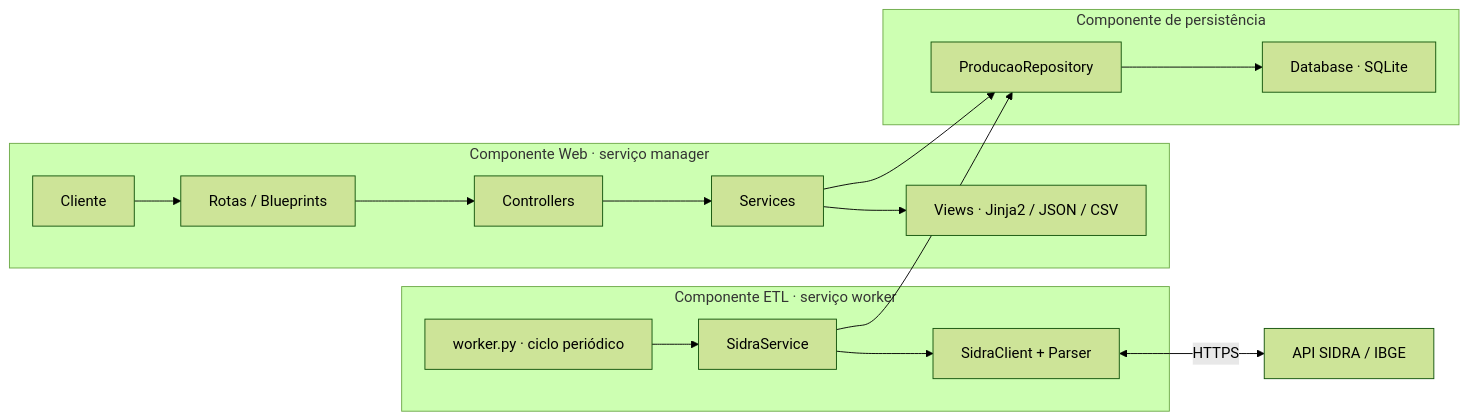
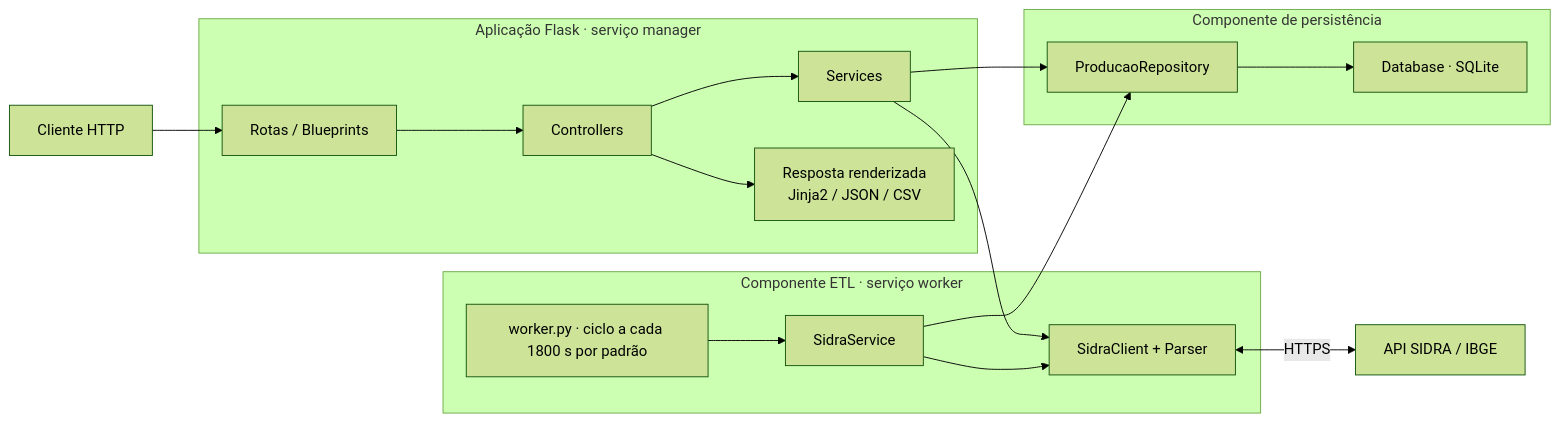
The second of 3 diagrams in README.md (DomTobias/LSPA_System), drawn with Mermaid (forest theme) before and after one commit. The commit also changed other lines of this file, not shown here.

````diff
--- a/README.md
+++ b/README.md
@@ -304,29 +306,32 @@
 ```mermaid
 flowchart LR
-    subgraph web["Componente Web · serviço manager"]
-        browser[Cliente]
+    browser[Cliente HTTP]
+    subgraph web["Aplicação Flask · serviço manager"]
         routes[Rotas / Blueprints]
         controllers[Controllers]
         services[Services]
-        views[Views · Jinja2 / JSON / CSV]
-        browser --> routes --> controllers --> services --> views
+        output["Resposta renderizada<br/>Jinja2 / JSON / CSV"]
+        routes --> controllers --> services
+        controllers --> output
     end
 
     subgraph etl["Componente ETL · serviço worker"]
-        loop["worker.py · ciclo periódico"]
+        loop["worker.py · ciclo a cada 1800 s por padrão"]
         sidra_service[SidraService]
         client["SidraClient + Parser"]
         loop --> sidra_service --> client
     end
 
     subgraph persistence["Componente de persistência"]
         repository[ProducaoRepository]
         database["Database · SQLite"]
         repository --> database
     end
 
     ibge["API SIDRA / IBGE"]
+    browser --> routes
     services --> repository
+    services --> client
     sidra_service --> repository
     client <-->|HTTPS| ibge
 ```
````
